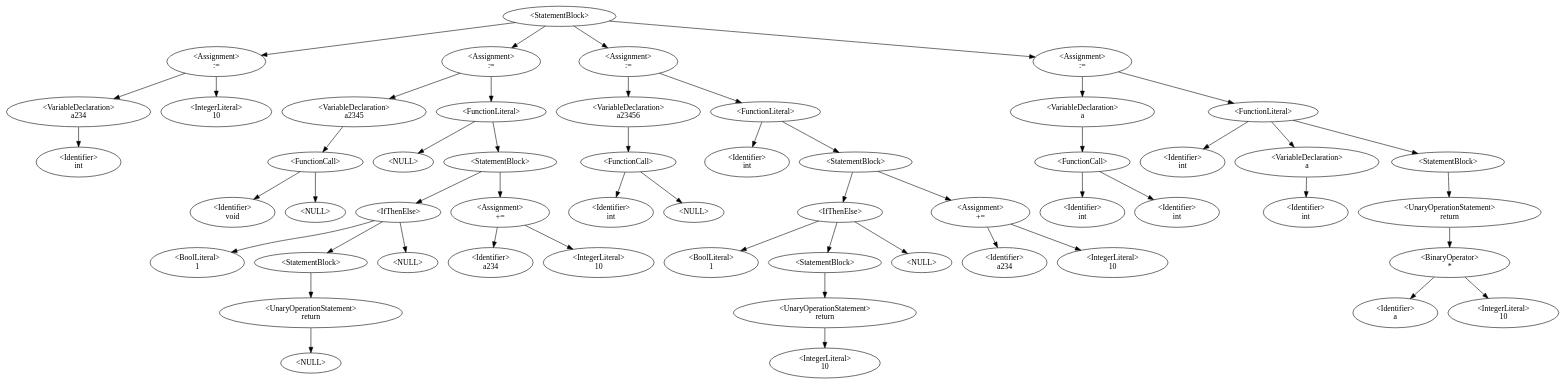
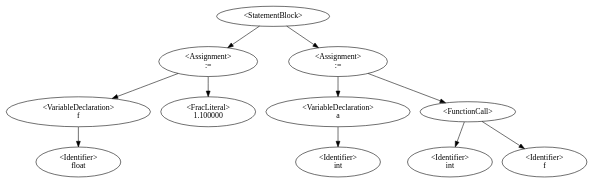
The diagram in Dino/Dino/AstDisplay.gv (QazmoQwerty/dino), drawn with Graphviz before and after one commit. The commit also changed 6 other files, not shown here.

```diff
--- a/Dino/Dino/AstDisplay.gv
+++ b/Dino/Dino/AstDisplay.gv
@@ -1,49 +1,13 @@
 digraph G {
-0 [label="<StatementBlock>"];0->3;0->8;0->21;0->37;
+0 [label="<StatementBlock>"];0->3;0->7;
 3 [label="<Assignment>\n:="];3->2;3->4;
-2 [label="<VariableDeclaration>\na234"];2->1;
-1 [label="<Identifier>\nint"];
-4 [label="<IntegerLiteral>\n10"];
-8 [label="<Assignment>\n:="];8->7;8->9;
-7 [label="<VariableDeclaration>\na2345"];7->6;
-6 [label="<FunctionCall>\n"];6->5;6->-1;-1 [label="<NULL>"];
-5 [label="<Identifier>\nvoid"];
-9 [label="<FunctionLiteral>"];9->-2;-2 [label="<NULL>"];9->10;
-10 [label="<StatementBlock>"];10->11;10->16;
-11 [label="<IfThenElse>"];11->12;11->13;11->-3;-3 [label="<NULL>"];
-12 [label="<BoolLiteral>\n1"];
-13 [label="<StatementBlock>"];13->14;
-14 [label="<UnaryOperationStatement>\nreturn"];14->-4;-4 [label="<NULL>"];
-16 [label="<Assignment>\n+="];16->15;16->17;
-15 [label="<Identifier>\na234"];
-17 [label="<IntegerLiteral>\n10"];
-21 [label="<Assignment>\n:="];21->20;21->22;
-20 [label="<VariableDeclaration>\na23456"];20->19;
-19 [label="<FunctionCall>\n"];19->18;19->-5;-5 [label="<NULL>"];
-18 [label="<Identifier>\nint"];
-22 [label="<FunctionLiteral>"];22->23;22->24;
-23 [label="<Identifier>\nint"];
-24 [label="<StatementBlock>"];24->25;24->31;
-25 [label="<IfThenElse>"];25->26;25->27;25->-6;-6 [label="<NULL>"];
-26 [label="<BoolLiteral>\n1"];
-27 [label="<StatementBlock>"];27->28;
-28 [label="<UnaryOperationStatement>\nreturn"];28->29;
-29 [label="<IntegerLiteral>\n10"];
-31 [label="<Assignment>\n+="];31->30;31->32;
-30 [label="<Identifier>\na234"];
-32 [label="<IntegerLiteral>\n10"];
-37 [label="<Assignment>\n:="];37->36;37->40;
-36 [label="<VariableDeclaration>\na"];36->34;
-34 [label="<FunctionCall>\n"];34->33;34->35;
-33 [label="<Identifier>\nint"];
-35 [label="<Identifier>\nint"];
-40 [label="<FunctionLiteral>"];40->41;40->39;40->42;
-41 [label="<Identifier>\nint"];
-39 [label="<VariableDeclaration>\na"];39->38;
-38 [label="<Identifier>\nint"];
-42 [label="<StatementBlock>"];42->43;
-43 [label="<UnaryOperationStatement>\nreturn"];43->45;
-45 [label="<BinaryOperator>\n*"];45->44;45->46;
-44 [label="<Identifier>\na"];
-46 [label="<IntegerLiteral>\n10"];
+2 [label="<VariableDeclaration>\nf"];2->1;
+1 [label="<Identifier>\nfloat"];
+4 [label="<FracLiteral>\n1.100000"];
+7 [label="<Assignment>\n:="];7->6;7->9;
+6 [label="<VariableDeclaration>\na"];6->5;
+5 [label="<Identifier>\nint"];
+9 [label="<FunctionCall>\n"];9->8;9->10;
+8 [label="<Identifier>\nint"];
+10 [label="<Identifier>\nf"];
 }
```
